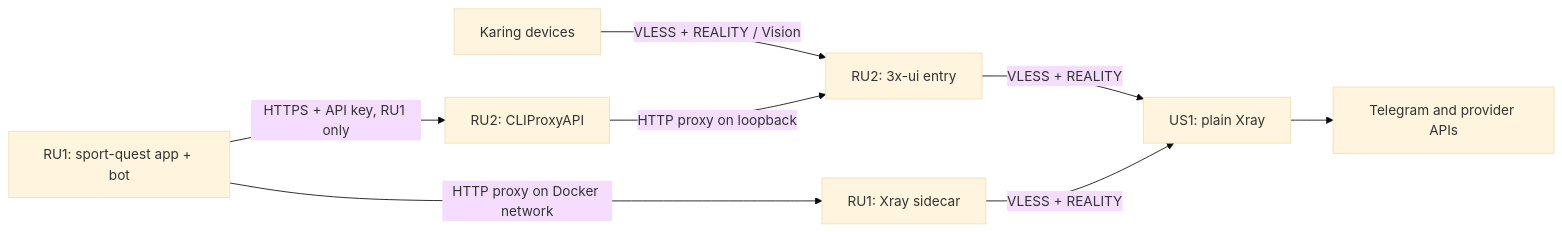
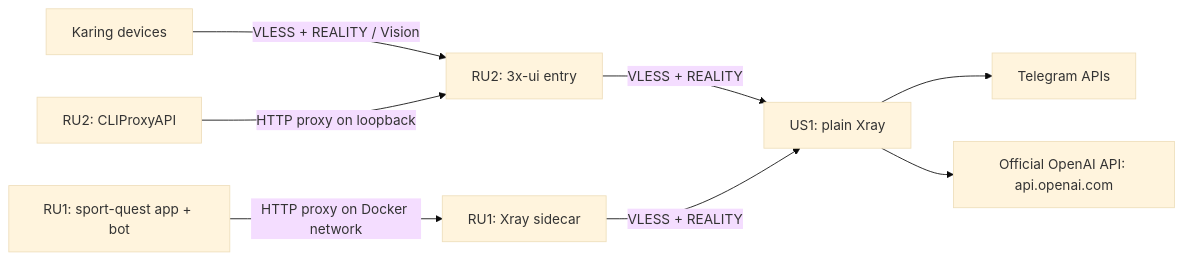
The diagram in docs/infra.md (roman-kutimskii/sport-quest), drawn with Mermaid (base theme) before and after one commit. The commit also changed other lines of this file and 12 other files, not shown here.

Commit message:
Use GPT-6.1 Terra through the official OpenAI API in production

````diff
--- a/docs/infra.md
+++ b/docs/infra.md
@@ -7,10 +7,10 @@
 ```mermaid
 flowchart LR
     K[Karing devices] -->|VLESS + REALITY / Vision| R2[RU2: 3x-ui entry]
     R2 -->|VLESS + REALITY| US[US1: plain Xray]
     CLI[RU2: CLIProxyAPI] -->|HTTP proxy on loopback| R2
     APP[RU1: sport-quest app + bot] -->|HTTP proxy on Docker network| SIDE[RU1: Xray sidecar]
     SIDE -->|VLESS + REALITY| US
-    APP -->|HTTPS + API key, RU1 only| CLI
-    US --> TG[Telegram and provider APIs]
+    US --> TG[Telegram APIs]
+    US --> OAI[Official OpenAI API: api.openai.com]
 ```
````
